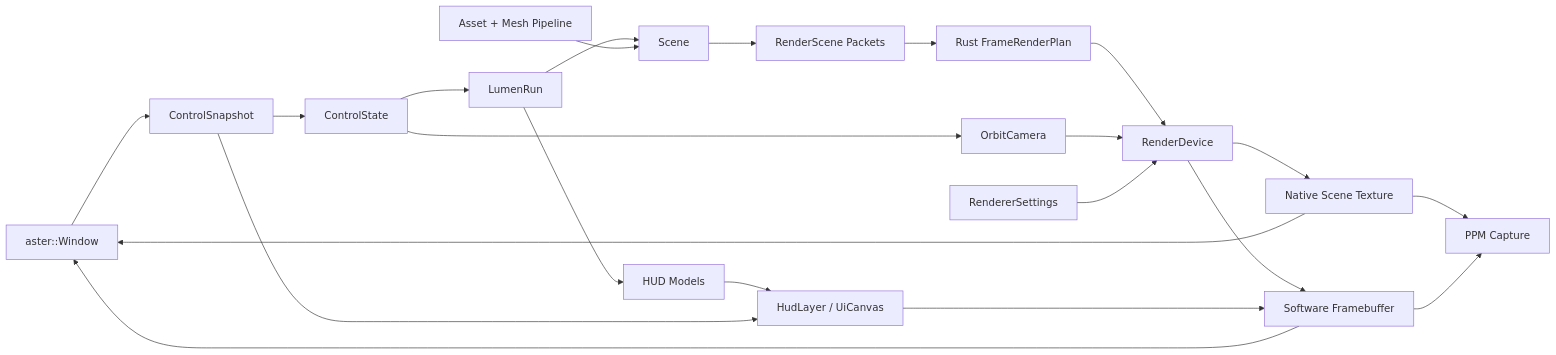
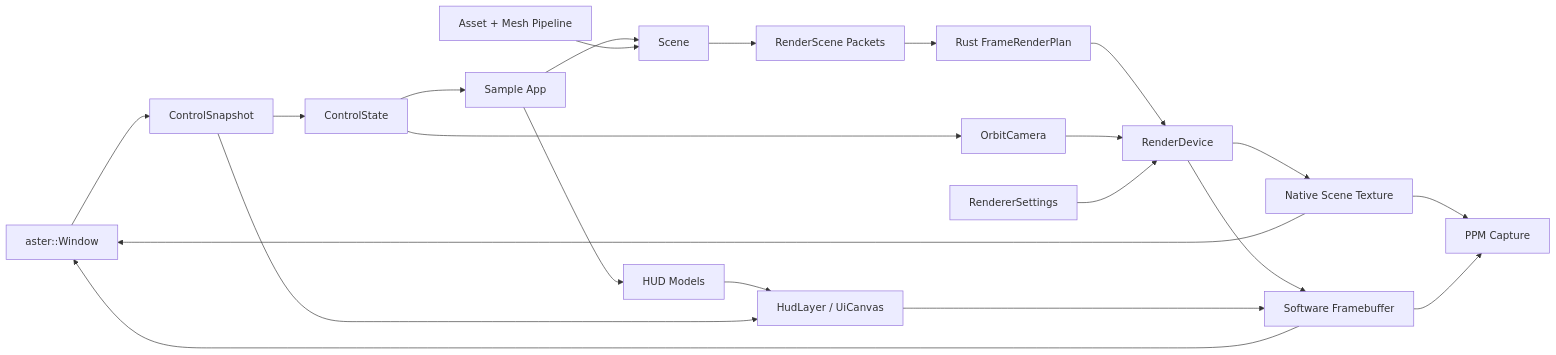
One commit to farukalpay/Aster-Learning-Engine changed the diagram in docs/ARCHITECTURE.md. Above: the diagram before and after it, drawn with Mermaid. The commit also changed other lines of this file and 41 other files, not shown here.

````diff
--- a/docs/ARCHITECTURE.md
+++ b/docs/ARCHITECTURE.md
@@ -102,24 +110,24 @@
 ```mermaid
 flowchart LR
   Platform["aster::Window"] --> Snapshot["ControlSnapshot"]
   Snapshot --> Controls["ControlState"]
-  Controls --> Game["LumenRun"]
+  Controls --> Sample["Sample App"]
   Controls --> Camera["OrbitCamera"]
-  Game --> Scene["Scene"]
+  Sample --> Scene["Scene"]
   Assets["Asset + Mesh Pipeline"] --> Scene
   Scene --> RenderScene["RenderScene Packets"]
   RenderScene --> RustPlan["Rust FrameRenderPlan"]
   RustPlan --> Renderer["RenderDevice"]
   Camera --> Renderer
   Settings["RendererSettings"] --> Renderer
   Renderer --> NativeScene["Native Scene Texture"]
   Renderer --> Framebuffer["Software Framebuffer"]
   NativeScene --> Platform
   Framebuffer --> Platform
   NativeScene --> Capture["PPM Capture"]
   Framebuffer --> Capture
-  Game --> HudModel["HUD Models"]
+  Sample --> HudModel["HUD Models"]
   HudModel --> UI["HudLayer / UiCanvas"]
   Snapshot --> UI
   UI --> Framebuffer
 ```
````
